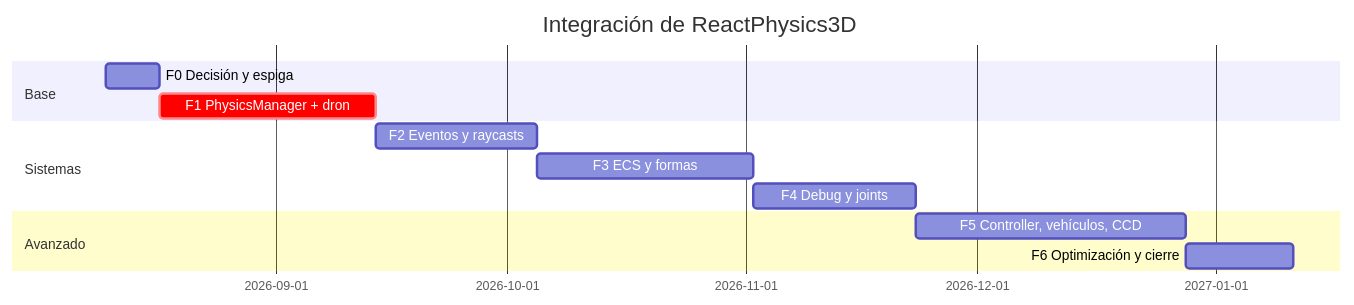
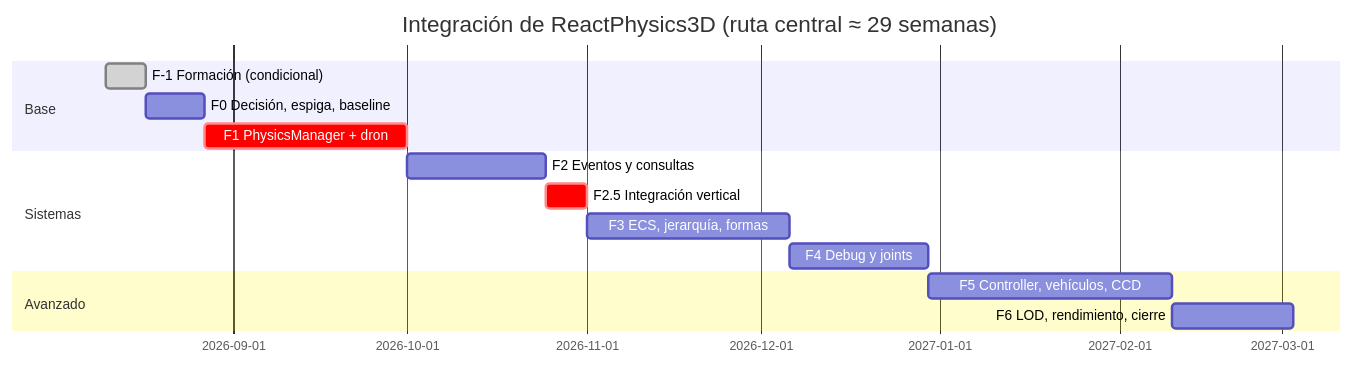
Before and after one commit to jabc585/Juego-Drone: the seventh of 8 diagrams in grafico.md, drawn with Mermaid. The commit also changed other lines of this file, not shown here.

````diff
--- a/grafico.md
+++ b/grafico.md
@@ -750,15 +1094,17 @@
 ```mermaid
 gantt
     dateFormat YYYY-MM-DD
-    title Integración de ReactPhysics3D
+    title Integración de ReactPhysics3D (ruta central ≈ 29 semanas)
     section Base
-    F0 Decisión y espiga            :f0, 2026-08-10, 7d
-    F1 PhysicsManager + dron        :crit, f1, after f0, 28d
+    F-1 Formación (condicional)   :done, fm1, 2026-08-10, 7d
+    F0 Decisión, espiga, baseline :f0, after fm1, 10d
+    F1 PhysicsManager + dron      :crit, f1, after f0, 35d
     section Sistemas
-    F2 Eventos y raycasts           :f2, after f1, 21d
-    F3 ECS y formas                 :f3, after f2, 28d
-    F4 Debug y joints               :f4, after f3, 21d
+    F2 Eventos y consultas        :f2, after f1, 24d
+    F2.5 Integración vertical     :crit, f25, after f2, 7d
+    F3 ECS, jerarquía, formas     :f3, after f25, 35d
+    F4 Debug y joints             :f4, after f3, 24d
     section Avanzado
-    F5 Controller, vehículos, CCD   :f5, after f4, 35d
-    F6 Optimización y cierre        :f6, after f5, 14d
+    F5 Controller, vehículos, CCD :f5, after f4, 42d
+    F6 LOD, rendimiento, cierre   :f6, after f5, 21d
 ```
````
